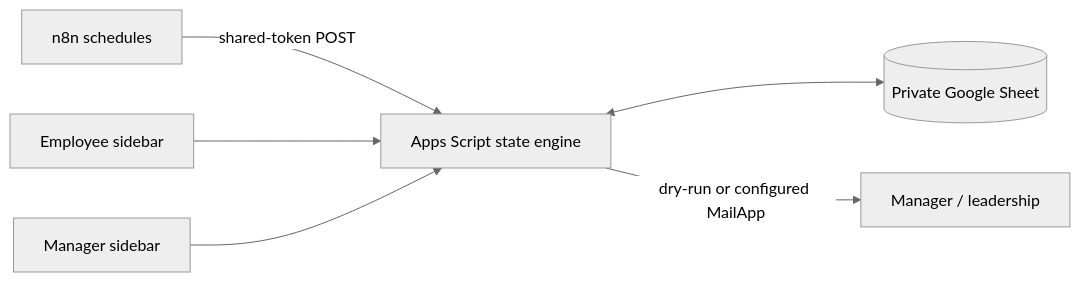
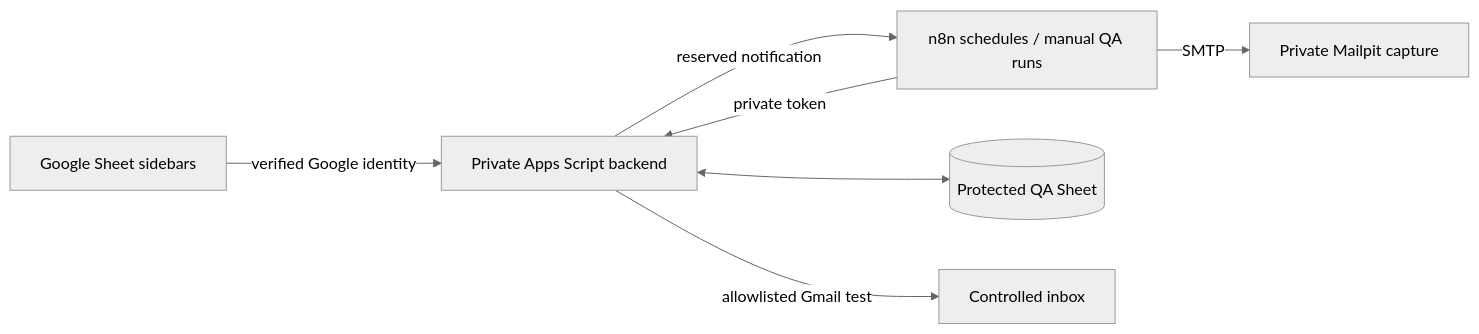
The diagram in README.md (kabbersokhi-boop/recurring-ops-automation), drawn with Mermaid (neutral theme) before and after one commit. The commit also changed other lines of this file and 59 other files, not shown here.

Commit message:
Deploy isolated QA flow and publish genuine integrated evidence

````diff
--- a/README.md
+++ b/README.md
@@ -19,8 +30,9 @@
 ```mermaid
 flowchart LR
-  N[n8n schedules] -->|shared-token POST| A[Apps Script state engine]
-  E[Employee sidebar] --> A
-  M[Manager sidebar] --> A
-  A <--> S[(Private Google Sheet)]
-  A -->|dry-run or configured MailApp| L[Manager / leadership]
+  S[Google Sheet sidebars] -->|verified Google identity| B[Private Apps Script backend]
+  N[n8n schedules / manual QA runs] -->|private token| B
+  B <--> Q[(Protected QA Sheet)]
+  B -->|reserved notification| N
+  N -->|SMTP| M[Private Mailpit capture]
+  B -->|allowlisted Gmail test| G[Controlled inbox]
 ```
````
